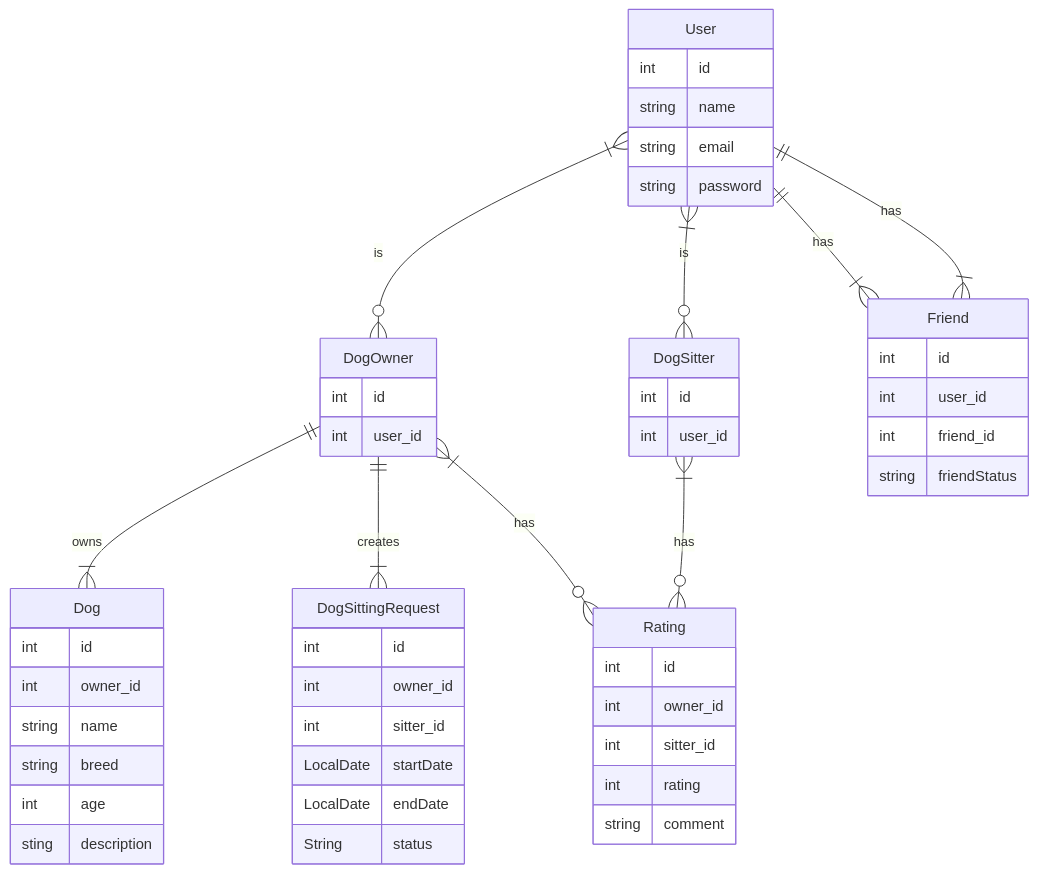
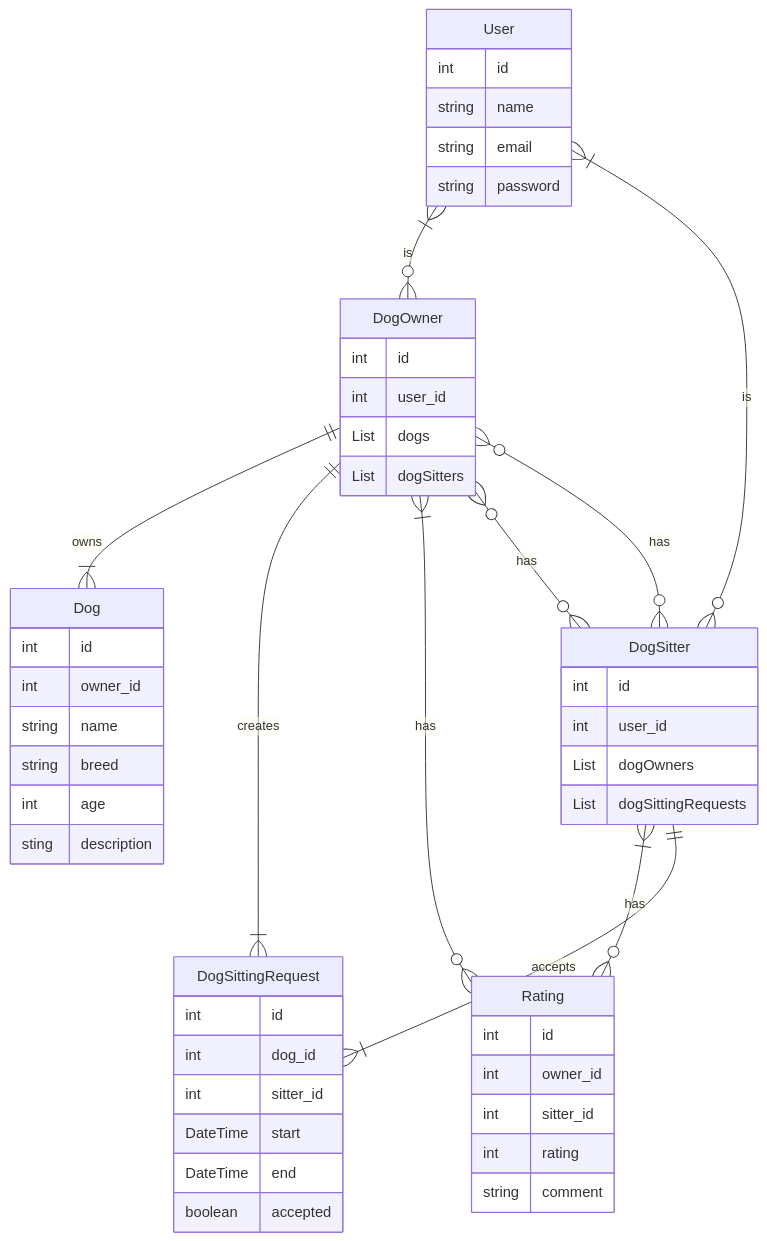
One commit to Rosevandergiessen/dog-sitting-platform-backend changed the diagram in entity-relation-diagram.mmd. Above: the diagram before and after it, drawn with Mermaid. The commit also changed 6 other files, not shown here.

Commit message:
Updated ERD + added initial models

```diff
--- a/entity-relation-diagram.mmd
+++ b/entity-relation-diagram.mmd
@@ -1,59 +1,58 @@
 erDiagram
     User }|--o{ DogOwner : is
     User }|--o{ DogSitter : is
     DogOwner ||--|{ Dog : owns
     DogOwner ||--|{ DogSittingRequest : creates
     DogOwner }|--o{ Rating : has
     DogSitter }|--o{ Rating : has
-    User ||--|{ Friend : has
-    User ||--|{ Friend : has
+    DogSitter }o -- o{ DogOwner : has
+    DogOwner }o -- o{ DogSitter : has
+    DogSitter ||--|{ DogSittingRequest : accepts
+
 
 User {
 int id
 string name
 string email
 string password
 }
 
 DogOwner {
 int id
 int user_id
+List dogs
+List dogSitters
 }
 
 DogSitter {
 int id
 int user_id
+List dogOwners
+List dogSittingRequests
 }
 
 Dog {
 int id
 int owner_id
 string name
 string breed
 int age
 sting description
 }
 
 DogSittingRequest {
 int id
-int owner_id
+int dog_id
 int sitter_id
-LocalDate startDate
-LocalDate endDate
-String status
+DateTime start
+DateTime end
+boolean accepted
 }
 
 Rating {
 int id
 int owner_id
 int sitter_id
 int rating
 string comment
 }
-
-Friend {
-int id
-int user_id
-int friend_id
-string friendStatus
-}
```
